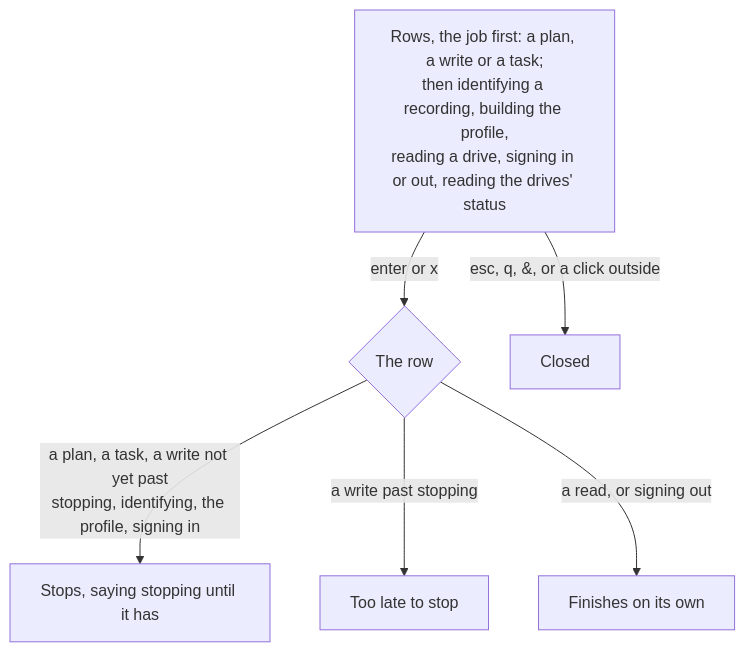
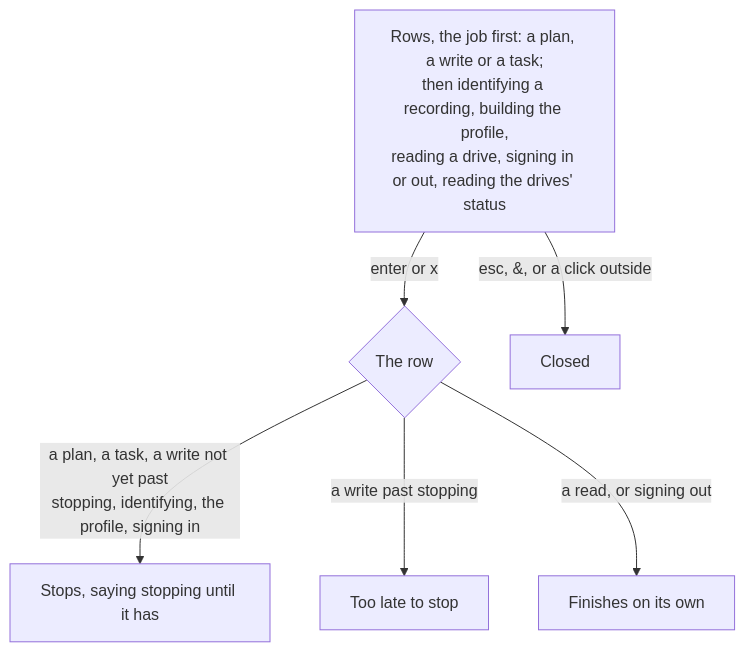
Before and after one commit to cutenode/localnetwork: the fifth of 21 diagrams in apps/locallibrary/docs/diagrams/player.md, drawn with Mermaid. The commit also changed other lines of this file and 186 other files, not shown here.

````diff
--- a/apps/locallibrary/docs/diagrams/player.md
+++ b/apps/locallibrary/docs/diagrams/player.md
@@ -118,9 +121,9 @@
 ```mermaid
 flowchart TD
     rows["Rows, the job first: a plan, a write or a task;<br/>then identifying a recording, building the profile,<br/>reading a drive, signing in or out, reading the drives' status"]
     rows -->|"enter or x"| row{"The row"}
     row -->|"a plan, a task, a write not yet past<br/>stopping, identifying, the profile, signing in"| stopped["Stops, saying stopping until it has"]
     row -->|"a write past stopping"| late["Too late to stop"]
     row -->|"a read, or signing out"| own["Finishes on its own"]
-    rows -->|"esc, q, &, or a click outside"| closed["Closed"]
+    rows -->|"esc, &, or a click outside"| closed["Closed"]
 ```
````
